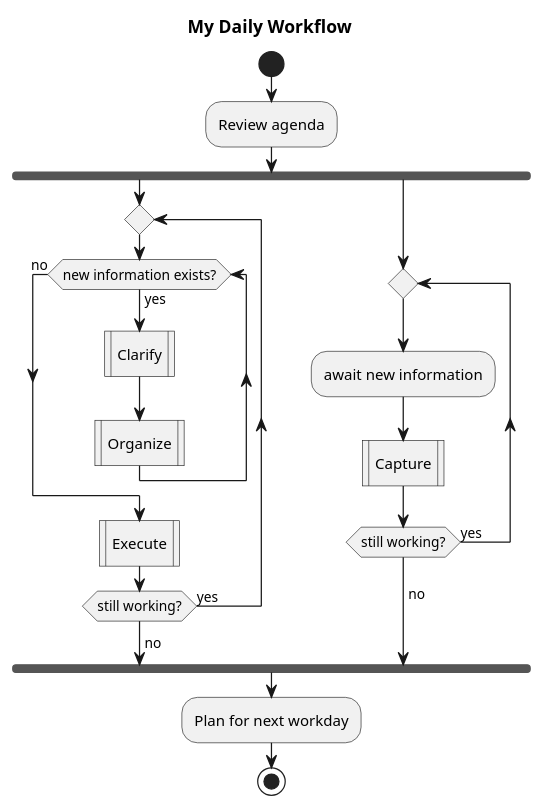
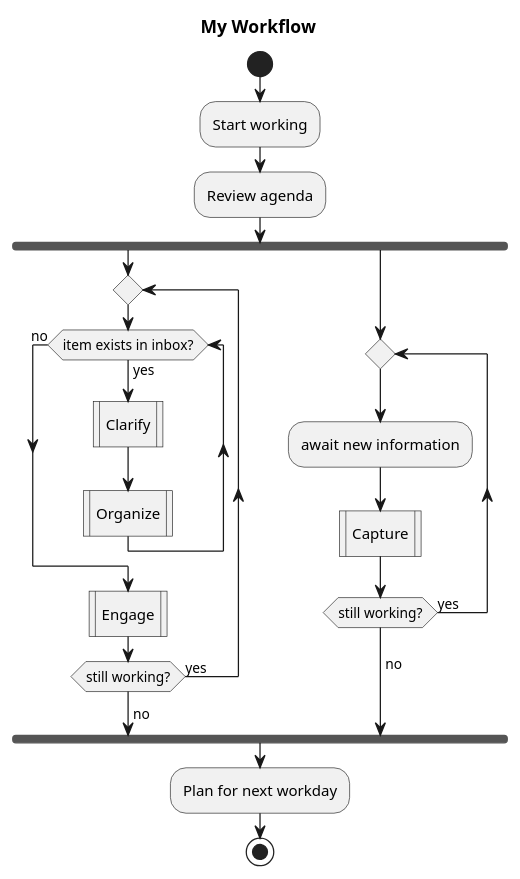
The first of 4 diagrams in emacs/config-org-mode.org (genenakagaki/myconfig), drawn with PlantUML before and after one commit. The commit also changed other lines of this file and 1 other file, not shown here.

Commit message:
updated workflow

```diff
--- a/emacs/config-org-mode.org
+++ b/emacs/config-org-mode.org
@@ -146,27 +146,28 @@
 #+begin_src plantuml :tangle no
   @startuml
-  title My Daily Workflow
+  title My Workflow
 
   start
+  :Start working;
   :Review agenda;
   fork
           repeat
-                  while (new information exists?) is (yes)
+                  while (item exists in inbox?) is (yes)
                           :Clarify|
                           :Organize|
                   endwhile (no)
-                  :Execute|
+                  :Engage|
           repeat while (still working?) is (yes)
           ->no;
   fork again
           repeat  
                   :await new information;
                   :Capture|
           repeat while (still working?) is (yes)
           ->no;
   end fork
 
   :Plan for next workday;
   stop
   @enduml
 #+end_src
```
